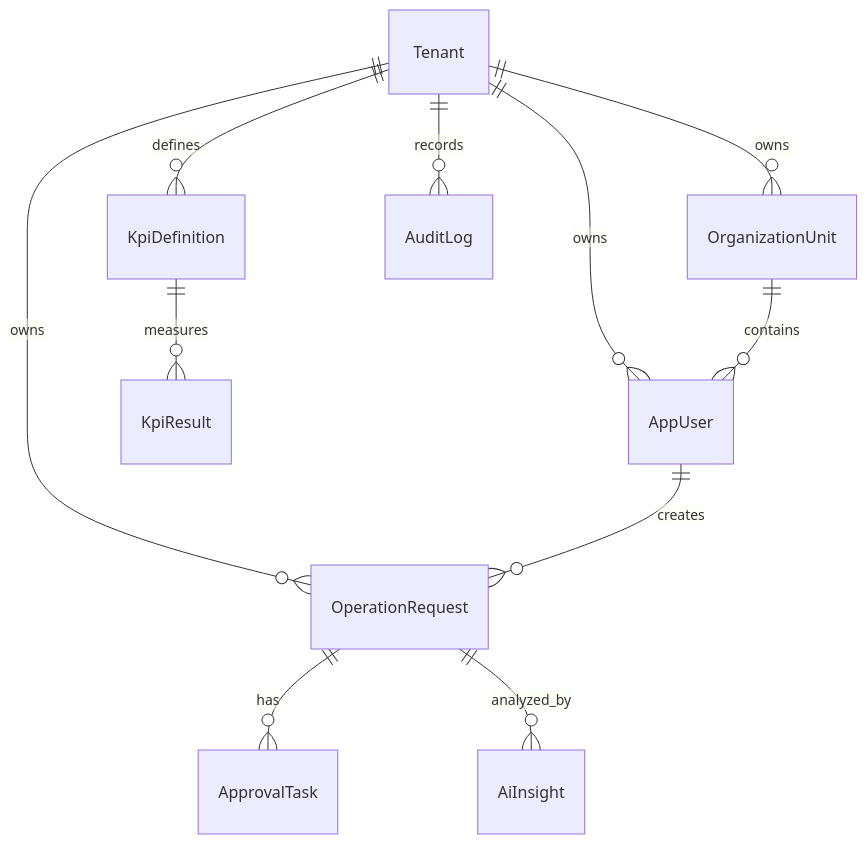
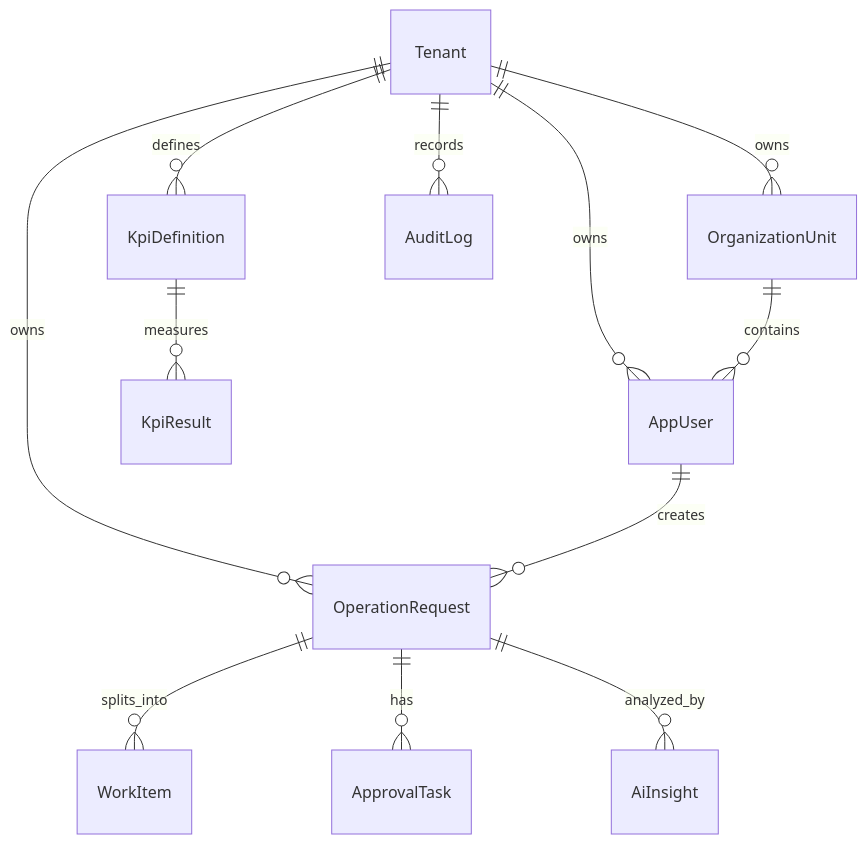
Before and after one commit to quanptatb/OmniBizAI: the sixth of 10 diagrams in docs/02-Graduation-Project-Report.md, drawn with Mermaid. The commit also changed other lines of this file and 15 other files, not shown here.

````diff
--- a/docs/02-Graduation-Project-Report.md
+++ b/docs/02-Graduation-Project-Report.md
@@ -284,13 +306,14 @@
 ```mermaid
 erDiagram
     Tenant ||--o{ OrganizationUnit : owns
     Tenant ||--o{ AppUser : owns
     Tenant ||--o{ OperationRequest : owns
     OrganizationUnit ||--o{ AppUser : contains
     AppUser ||--o{ OperationRequest : creates
+    OperationRequest ||--o{ WorkItem : splits_into
     OperationRequest ||--o{ ApprovalTask : has
     OperationRequest ||--o{ AiInsight : analyzed_by
     Tenant ||--o{ KpiDefinition : defines
     KpiDefinition ||--o{ KpiResult : measures
     Tenant ||--o{ AuditLog : records
 ```
````
